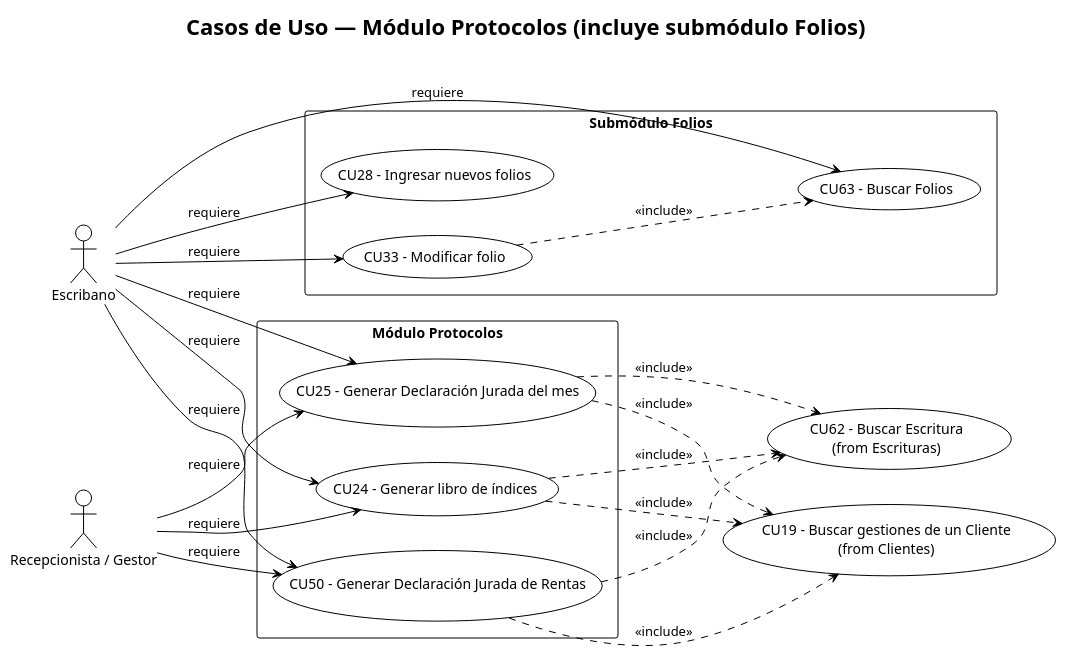
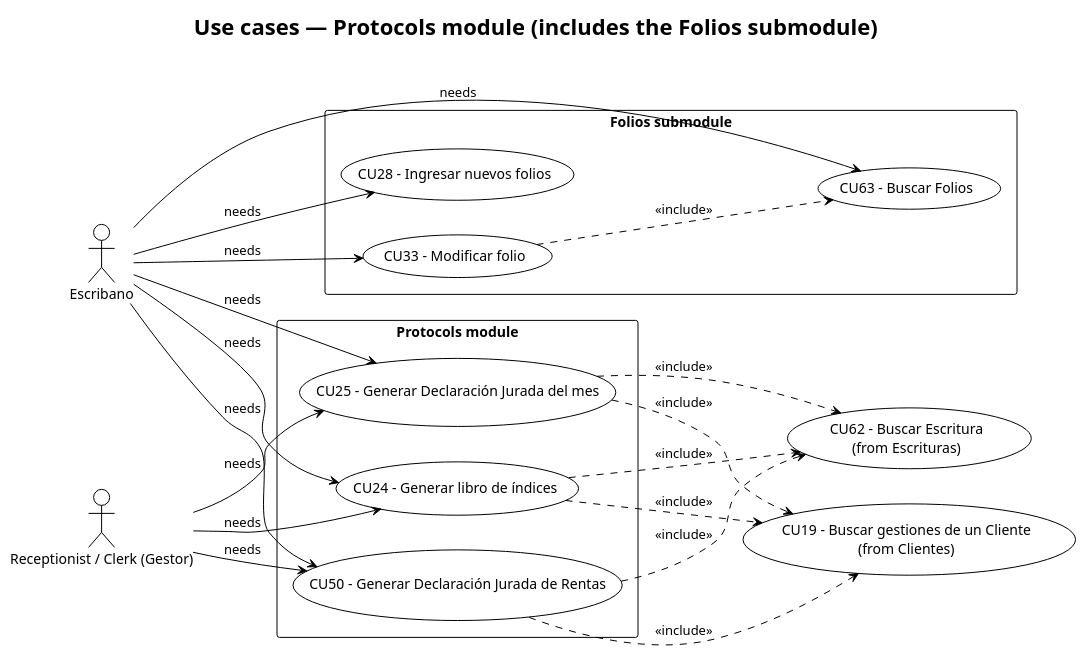
One commit to matiaspakua/notaire changed the diagram in docs/200-architecture/204-diagrams/Casos de Uso/protocolos.puml. Above: the diagram before and after it, drawn with PlantUML. The commit also changed 165 other files, not shown here.

First line of the commit message:
[#1490] docs(architecture): write CU sequence steps in English (#1505)

```diff
--- a/docs/200-architecture/204-diagrams/Casos de Uso/protocolos.puml
+++ b/docs/200-architecture/204-diagrams/Casos de Uso/protocolos.puml
@@ -1,44 +1,44 @@
 @startuml protocolos
 !theme plain
 left to right direction
-title Casos de Uso — Módulo Protocolos (incluye submódulo Folios)
+title Use cases — Protocols module (includes the Folios submodule)
 
 actor Escribano
-actor "Recepcionista / Gestor" as RecepcionistaGestor
+actor "Receptionist / Clerk (Gestor)" as ReceptionistClerk
 
-rectangle "Módulo Protocolos" {
+rectangle "Protocols module" {
   usecase "CU24 - Generar libro de índices" as CU24
   usecase "CU25 - Generar Declaración Jurada del mes" as CU25
   usecase "CU50 - Generar Declaración Jurada de Rentas" as CU50
 }
 
 usecase "CU62 - Buscar Escritura\n(from Escrituras)" as CU62
 usecase "CU19 - Buscar gestiones de un Cliente\n(from Clientes)" as CU19
 
-Escribano --> CU24 : requiere
-Escribano --> CU25 : requiere
-Escribano --> CU50 : requiere
-RecepcionistaGestor --> CU24 : requiere
-RecepcionistaGestor --> CU25 : requiere
-RecepcionistaGestor --> CU50 : requiere
+Escribano --> CU24 : needs
+Escribano --> CU25 : needs
+Escribano --> CU50 : needs
+ReceptionistClerk --> CU24 : needs
+ReceptionistClerk --> CU25 : needs
+ReceptionistClerk --> CU50 : needs
 
 CU24 ..> CU62 : <<include>>
 CU24 ..> CU19 : <<include>>
 CU25 ..> CU62 : <<include>>
 CU25 ..> CU19 : <<include>>
 CU50 ..> CU62 : <<include>>
 CU50 ..> CU19 : <<include>>
 
-rectangle "Submódulo Folios" {
+rectangle "Folios submodule" {
   usecase "CU28 - Ingresar nuevos folios" as CU28
   usecase "CU63 - Buscar Folios" as CU63
   usecase "CU33 - Modificar folio" as CU33
 }
 
-Escribano --> CU28 : requiere
-Escribano --> CU63 : requiere
-Escribano --> CU33 : requiere
+Escribano --> CU28 : needs
+Escribano --> CU63 : needs
+Escribano --> CU33 : needs
 
 CU33 ..> CU63 : <<include>>
 
 @enduml
```
